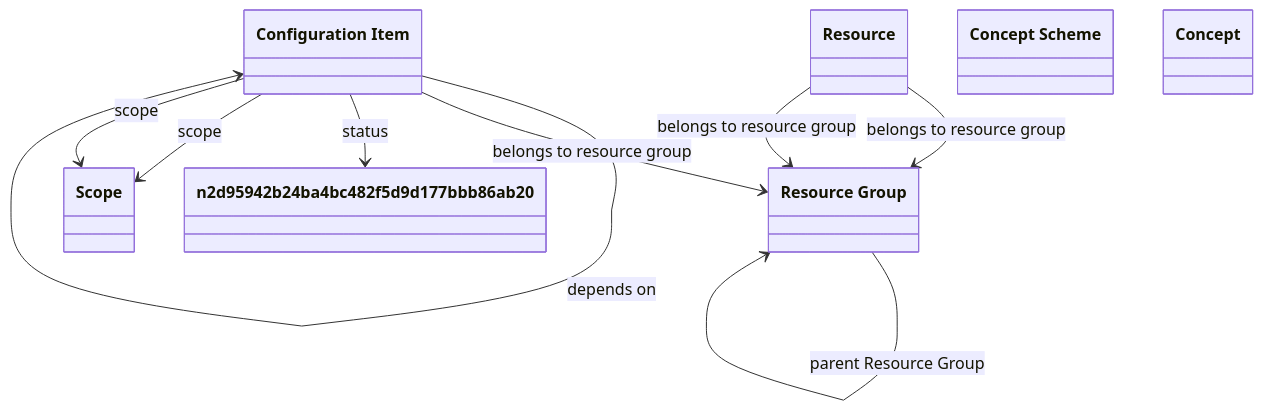
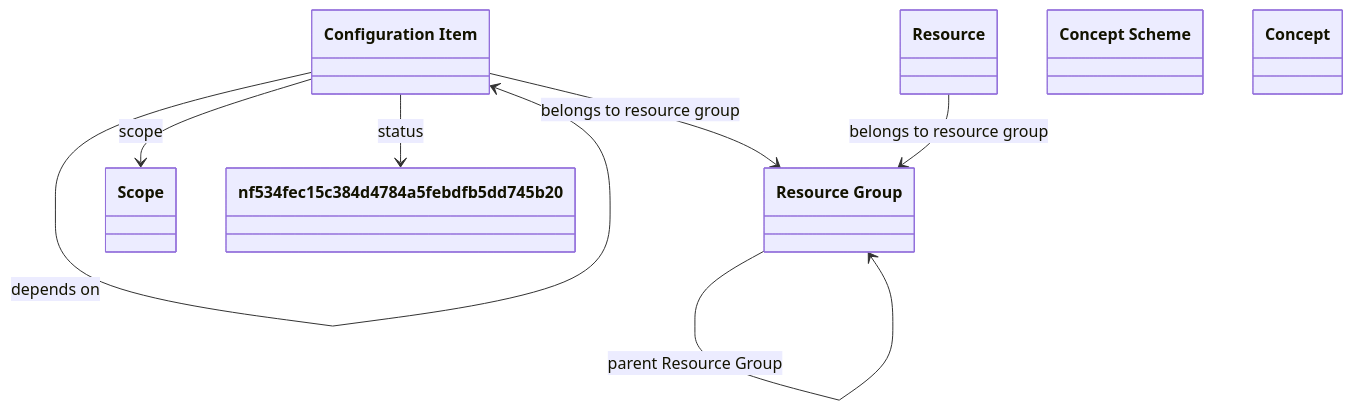
One commit to oeg-upm/Devos changed the diagram in output/ieswc_leng/core.ttl-leng-7-0-hard.md. Above: the diagram before and after it, drawn with Mermaid. The commit also changed 131 other files, not shown here.

````diff
--- a/output/ieswc_leng/core.ttl-leng-7-0-hard.md
+++ b/output/ieswc_leng/core.ttl-leng-7-0-hard.md
@@ -1,59 +1,47 @@
 ```mermaid
 	classDiagram
 
     
     class `Resource Group` {
     
     }
 
     class `Resource` {
     
     }
 
     class `Configuration Item` {
     
     }
 
     class `Concept Scheme` {
     
     }
 
     class `Scope` {
     
     }
 
     class `Concept` {
     
     }
 
-    class `n2d95942b24ba4bc482f5d9d177bbb86ab20` {
+    class `nf534fec15c384d4784a5febdfb5dd745b20` {
     
     }
 
 
 
-`Resource Group`  --> `Resource Group`   :parent Resource Group  
-
-`Configuration Item`  --> `Configuration Item`   :depends on  
-
-`Configuration Item`  --> `Resource Group`   :belongs to resource group  
-
-`Resource Group`  --> `Resource Group`   :parent Resource Group  
-
-`Resource Group`  --> `Resource Group`   :parent Resource Group  
-
-`Configuration Item`  --> `n2d95942b24ba4bc482f5d9d177bbb86ab20`   :status  
-
 `Configuration Item`  --> `Scope`   :scope  
 
 `Configuration Item`  --> `Configuration Item`   :depends on  
 
-`Configuration Item`  --> `Configuration Item`   :depends on  
+`Configuration Item`  --> `nf534fec15c384d4784a5febdfb5dd745b20`   :status  
+
+`Configuration Item`  --> `Resource Group`   :belongs to resource group  
 
 `Resource`  --> `Resource Group`   :belongs to resource group  
 
-`Resource`  --> `Resource Group`   :belongs to resource group  
-
-`Configuration Item`  --> `Scope`   :scope  
+`Resource Group`  --> `Resource Group`   :parent Resource Group  
 
 ```
````
